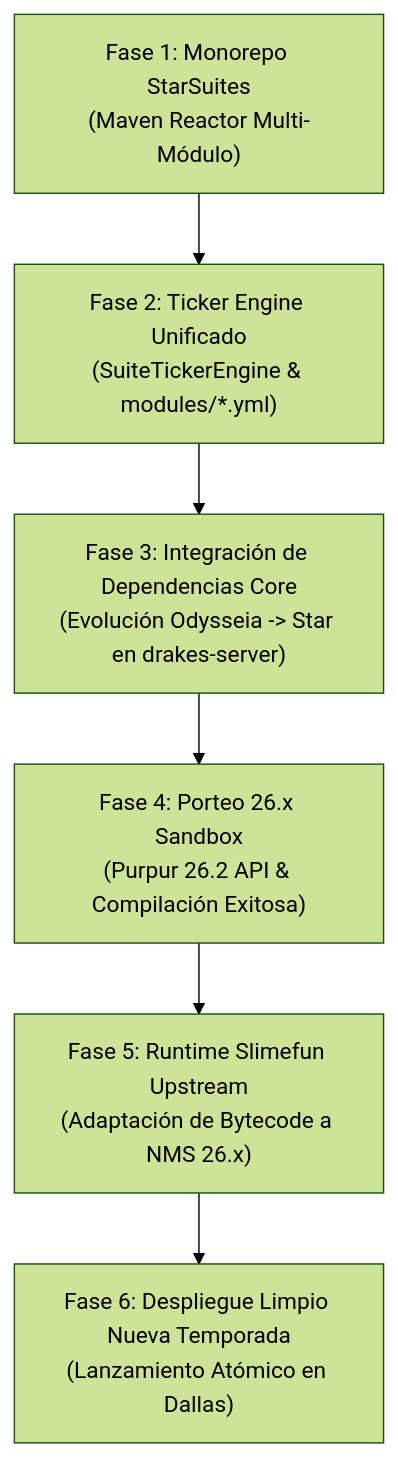
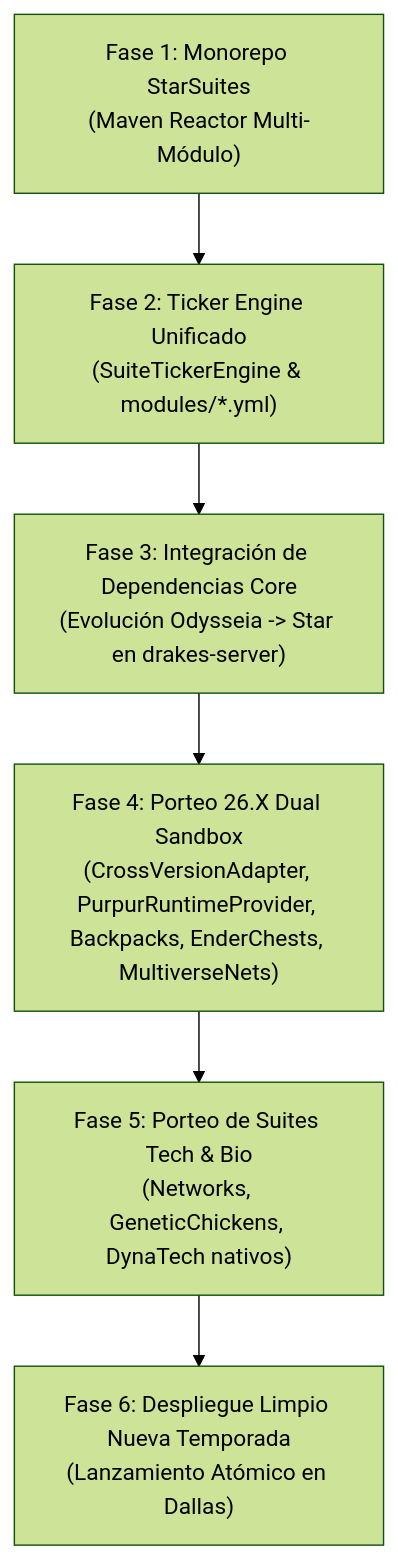
Before and after one commit to DrakesCraft-Labs/Drakes-Suites: the diagram in README_ES.md, drawn with Mermaid (forest theme). The commit also changed other lines of this file and 3 other files, not shown here.

Commit message:
docs: actualizar READMEs con arquitectura dual 1.21.11 / 26.X y modulos nativos porteados

````diff
--- a/README_ES.md
+++ b/README_ES.md
@@ -267,8 +287,8 @@
 ```mermaid
 graph TD
     A["Fase 1: Monorepo StarSuites<br/>(Maven Reactor Multi-Módulo)"] --> B["Fase 2: Ticker Engine Unificado<br/>(SuiteTickerEngine & modules/*.yml)"]
     B --> C["Fase 3: Integración de Dependencias Core<br/>(Evolución Odysseia -> Star en drakes-server)"]
-    C --> D["Fase 4: Porteo 26.x Sandbox<br/>(Purpur 26.2 API & Compilación Exitosa)"]
-    D --> E["Fase 5: Runtime Slimefun Upstream<br/>(Adaptación de Bytecode a NMS 26.x)"]
+    C --> D["Fase 4: Porteo 26.X Dual Sandbox<br/>(CrossVersionAdapter, PurpurRuntimeProvider, Backpacks, EnderChests, MultiverseNets)"]
+    D --> E["Fase 5: Porteo de Suites Tech & Bio<br/>(Networks, GeneticChickens, DynaTech nativos)"]
     E --> F["Fase 6: Despliegue Limpio Nueva Temporada<br/>(Lanzamiento Atómico en Dallas)"]
 ```
````
